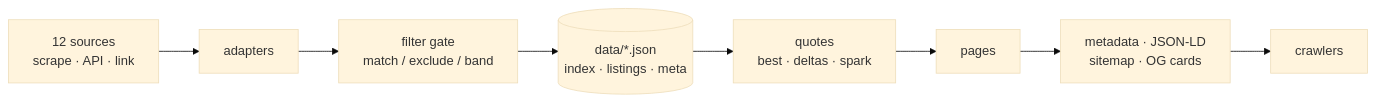
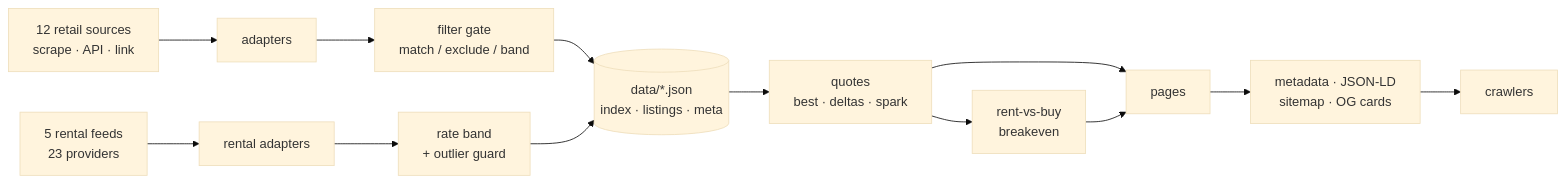
One commit to kyegomez/vram-watch changed the first of 2 diagrams in docs/HOW-IT-WORKS.md. Above: the diagram before and after it, drawn with Mermaid (base theme). The commit also changed other lines of this file and 36 other files, not shown here.

````diff
--- a/docs/HOW-IT-WORKS.md
+++ b/docs/HOW-IT-WORKS.md
@@ -15,10 +23,15 @@
 ```mermaid
 flowchart LR
-  S["12 sources<br/>scrape · API · link"] --> A["adapters"]
+  S["12 retail sources<br/>scrape · API · link"] --> A["adapters"]
   A --> F["filter gate<br/>match / exclude / band"]
   F --> ST[("data/*.json<br/>index · listings · meta")]
+  R["5 rental feeds<br/>23 providers"] --> RA["rental adapters"]
+  RA --> RF["rate band<br/>+ outlier guard"]
+  RF --> ST
   ST --> Q["quotes<br/>best · deltas · spark"]
+  Q --> BE["rent-vs-buy<br/>breakeven"]
   Q --> P["pages"]
+  BE --> P
   P --> I["metadata · JSON-LD<br/>sitemap · OG cards"]
   I --> C["crawlers"]
 ```
````
